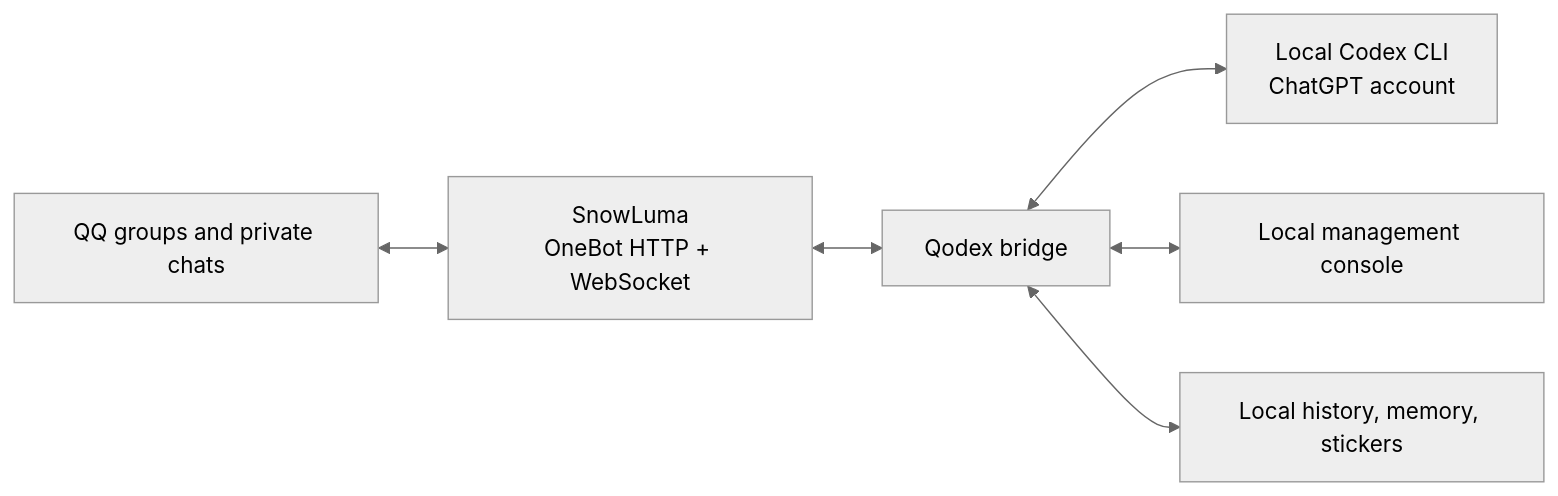
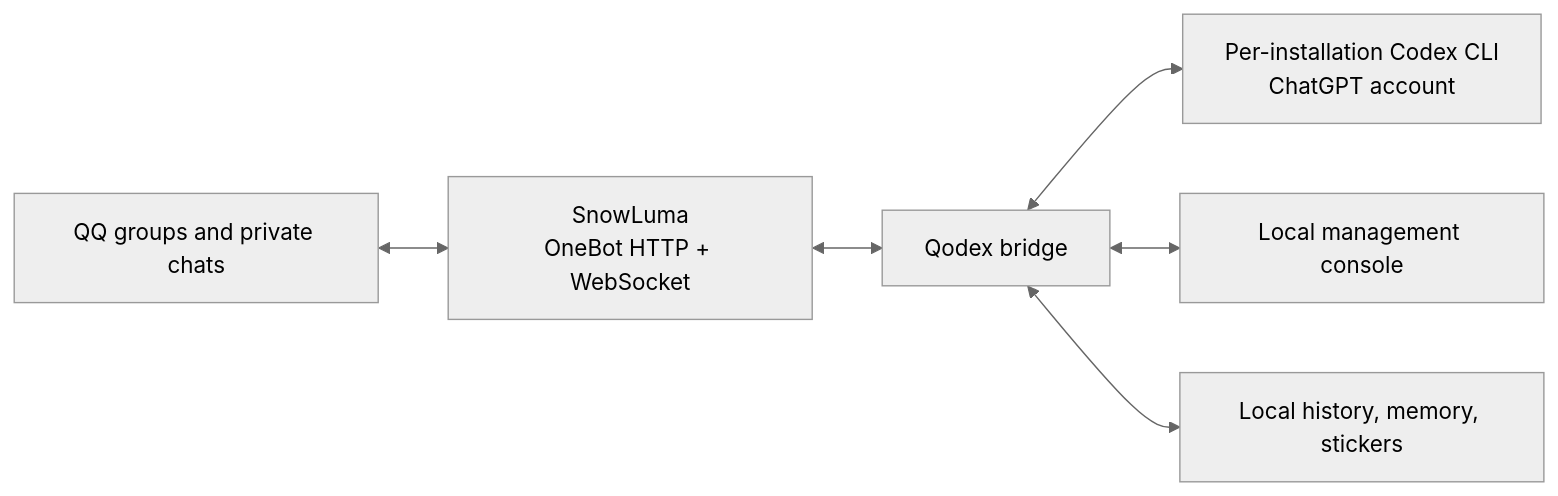
Before and after one commit to ChrisZ-123/Qodex: the diagram in README.en.md, drawn with Mermaid (neutral theme). The commit also changed other lines of this file and 43 other files, not shown here.

````diff
--- a/README.en.md
+++ b/README.en.md
@@ -9,8 +9,8 @@
 ```mermaid
 flowchart LR
     QQ[QQ groups and private chats] <--> SL[SnowLuma<br/>OneBot HTTP + WebSocket]
     SL <--> QB[Qodex bridge]
-    QB <--> CX[Local Codex CLI<br/>ChatGPT account]
+    QB <--> CX[Per-installation Codex CLI<br/>ChatGPT account]
     QB <--> UI[Local management console]
     QB <--> ST[Local history, memory, stickers]
 ```
````
